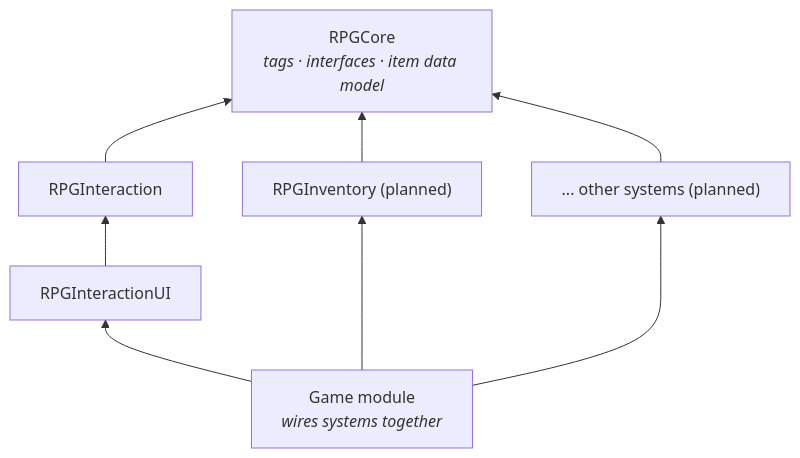
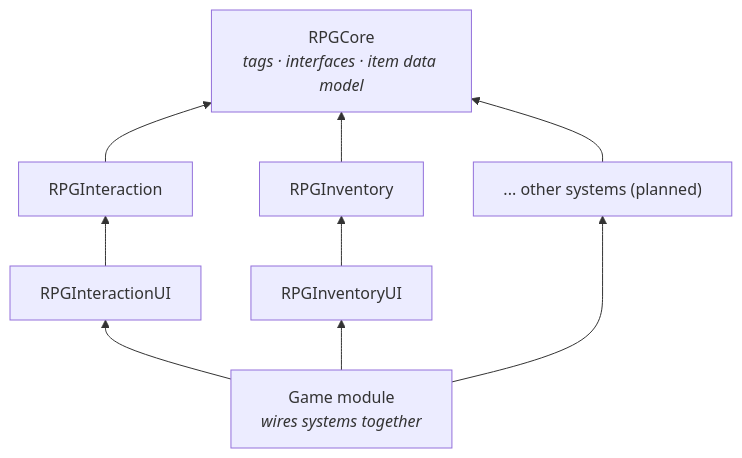
The first of 2 diagrams in README.md (eren-pekdemir/RPGTemplate), drawn with Mermaid before and after one commit. The commit also changed other lines of this file and 1 other file, not shown here.

Commit message:
Docs: inventory system documentation, README and Interaction updates

````diff
--- a/README.md
+++ b/README.md
@@ -34,17 +34,19 @@
 ```mermaid
 graph BT
     Core["RPGCore<br/><i>tags · interfaces · item data model</i>"]
     Interaction["RPGInteraction"]
     InteractionUI["RPGInteractionUI"]
-    Inventory["RPGInventory (planned)"]
+    Inventory["RPGInventory"]
+    InventoryUI["RPGInventoryUI"]
     Other["... other systems (planned)"]
     Game["Game module<br/><i>wires systems together</i>"]
 
     Interaction --> Core
     InteractionUI --> Interaction
     Inventory --> Core
+    InventoryUI --> Inventory
     Other --> Core
     Game --> InteractionUI
-    Game --> Inventory
+    Game --> InventoryUI
     Game --> Other
 ```
````
